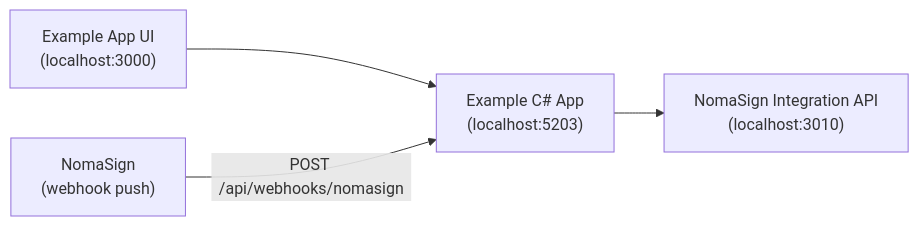
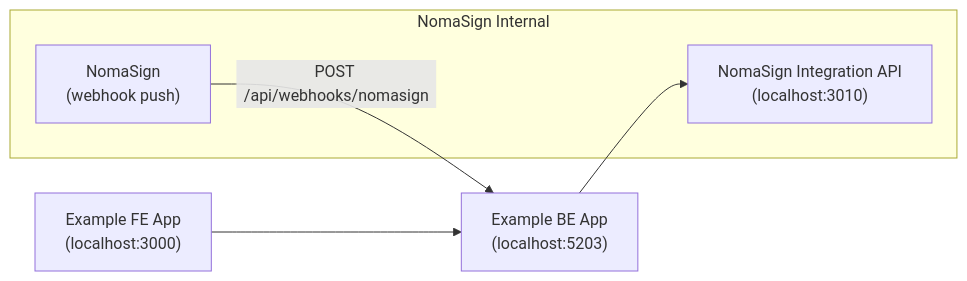
The diagram in README.md (Nomasign/IntegrationExamples), drawn with Mermaid before and after one commit.

Commit message:
Update diagram: FE/BE naming, NomaSign Internal subgraph

````diff
--- a/README.md
+++ b/README.md
@@ -7,6 +7,12 @@
 ```mermaid
 graph LR
-    UI["Example App UI<br/>(localhost:3000)"] --> Backend["Example C# App<br/>(localhost:5203)"]
+    UI["Example FE App<br/>(localhost:3000)"] --> Backend["Example BE App<br/>(localhost:5203)"]
     Backend --> API["NomaSign Integration API<br/>(localhost:3010)"]
-    NomaSign["NomaSign<br/>(webhook push)"] -->|"POST /api/webhooks/nomasign"| Backend
+
+    subgraph NomaSign Internal
+        API
+        Webhook["NomaSign<br/>(webhook push)"]
+    end
+
+    Webhook -->|"POST /api/webhooks/nomasign"| Backend
 ```
````
